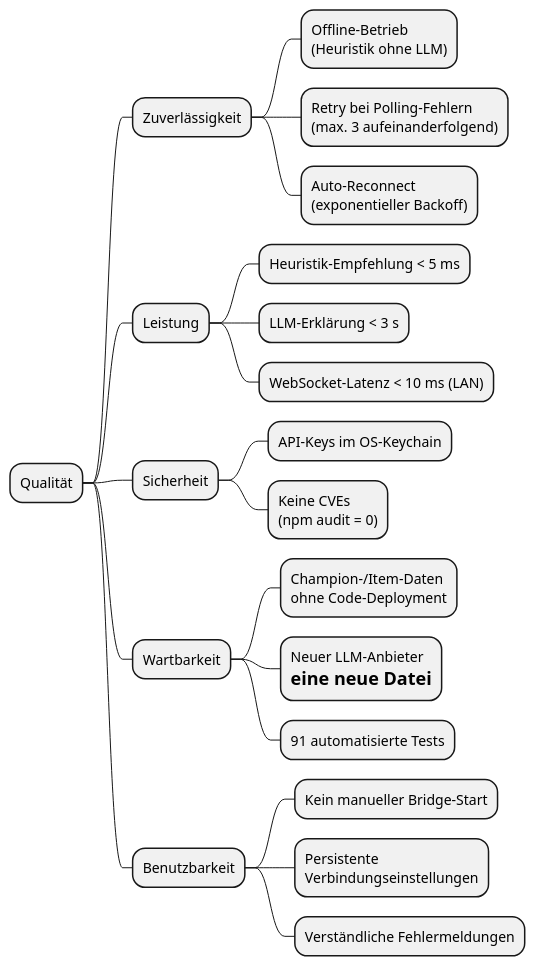
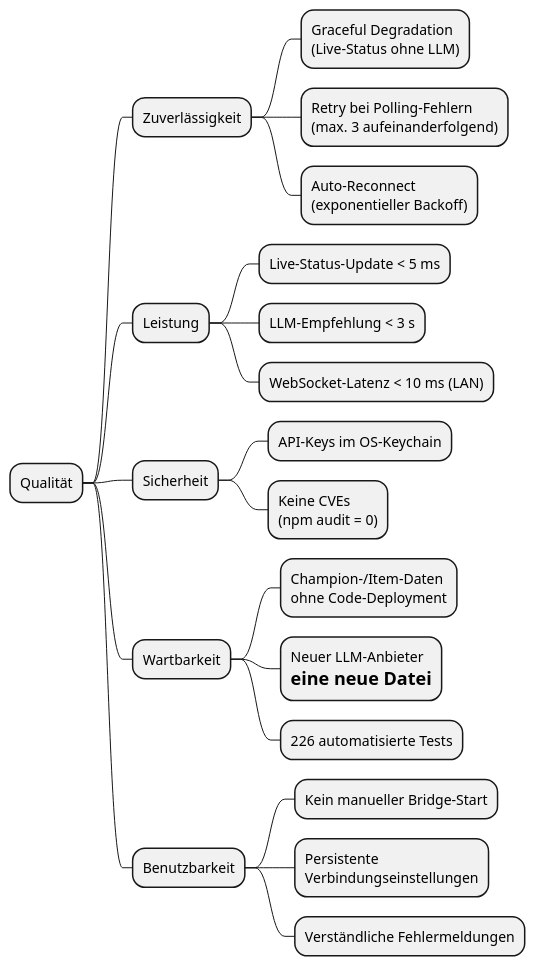
One commit to NexusHero/LOLRecommender changed the diagram in docs/umls/10_quality_tree.puml. Above: the diagram before and after it, drawn with PlantUML. The commit also changed 11 other files, not shown here.

```diff
--- a/docs/umls/10_quality_tree.puml
+++ b/docs/umls/10_quality_tree.puml
@@ -1,22 +1,22 @@
 @startmindmap
 * Qualität
 ** Zuverlässigkeit
-*** Offline-Betrieb\n(Heuristik ohne LLM)
+*** Graceful Degradation\n(Live-Status ohne LLM)
 *** Retry bei Polling-Fehlern\n(max. 3 aufeinanderfolgend)
 *** Auto-Reconnect\n(exponentieller Backoff)
 ** Leistung
-*** Heuristik-Empfehlung < 5 ms
-*** LLM-Erklärung < 3 s
+*** Live-Status-Update < 5 ms
+*** LLM-Empfehlung < 3 s
 *** WebSocket-Latenz < 10 ms (LAN)
 ** Sicherheit
 *** API-Keys im OS-Keychain
 *** Keine CVEs\n(npm audit = 0)
 ** Wartbarkeit
 *** Champion-/Item-Daten\nohne Code-Deployment
 *** Neuer LLM-Anbieter\n= eine neue Datei
-*** 91 automatisierte Tests
+*** 226 automatisierte Tests
 ** Benutzbarkeit
 *** Kein manueller Bridge-Start
 *** Persistente\nVerbindungseinstellungen
 *** Verständliche Fehlermeldungen
 @endmindmap
```
